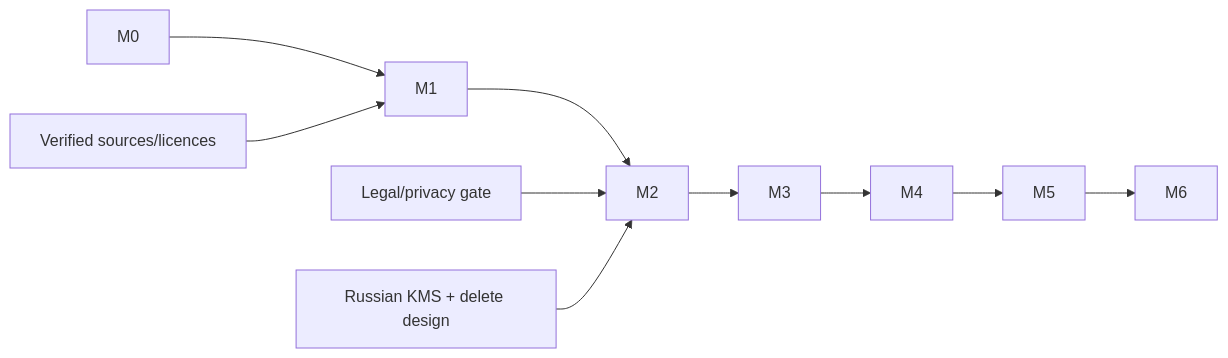
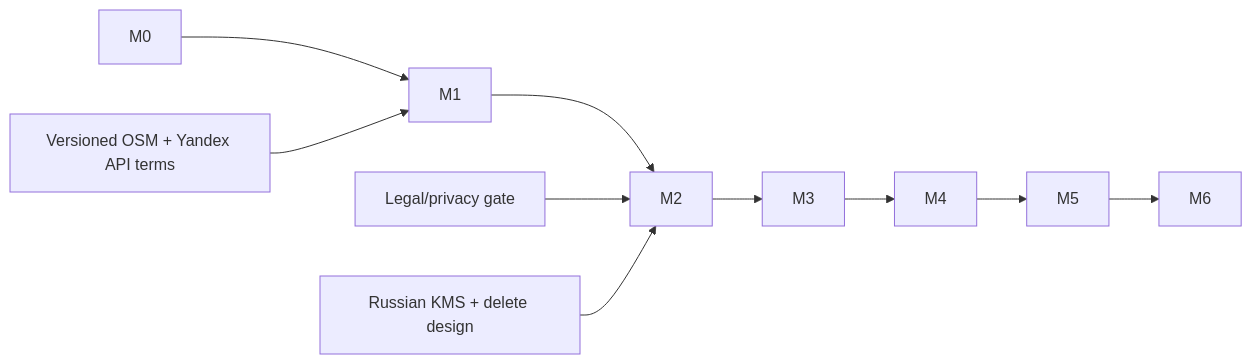
The diagram in docs/DELIVERY_PLAN.md (filatelist-hitech/TrainRadar), drawn with Mermaid before and after one commit. The commit also changed other lines of this file and 24 other files, not shown here.

````diff
--- a/docs/DELIVERY_PLAN.md
+++ b/docs/DELIVERY_PLAN.md
@@ -18,7 +18,7 @@
 ```mermaid
 flowchart LR
     M0 --> M1 --> M2 --> M3 --> M4 --> M5 --> M6
     Legal["Legal/privacy gate"] --> M2
-    Sources["Verified sources/licences"] --> M1
+    Sources["Versioned OSM + Yandex API terms"] --> M1
     KMS["Russian KMS + delete design"] --> M2
 ```
````
